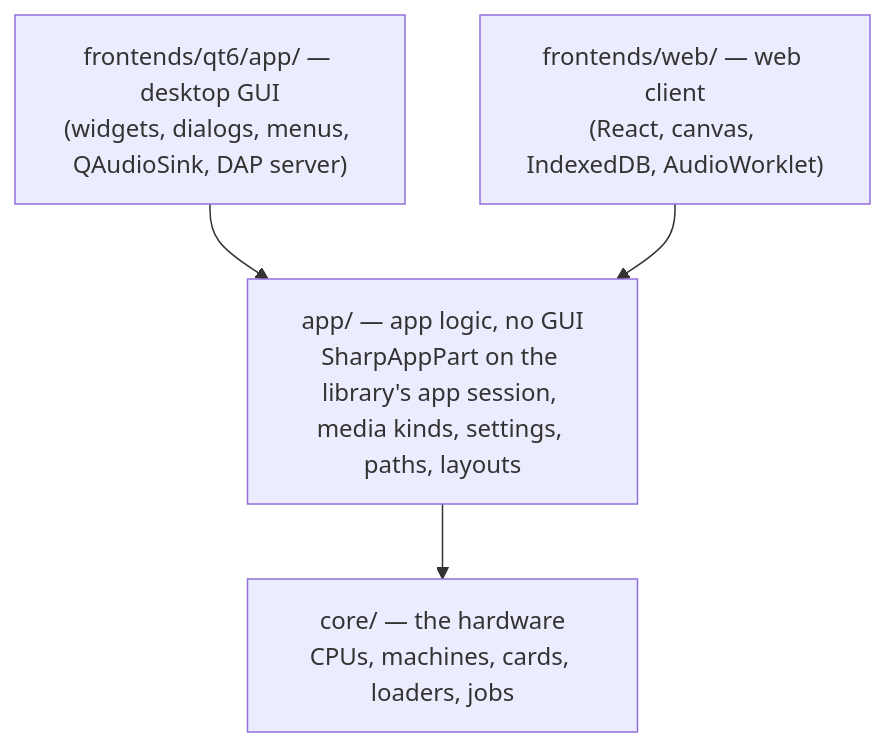
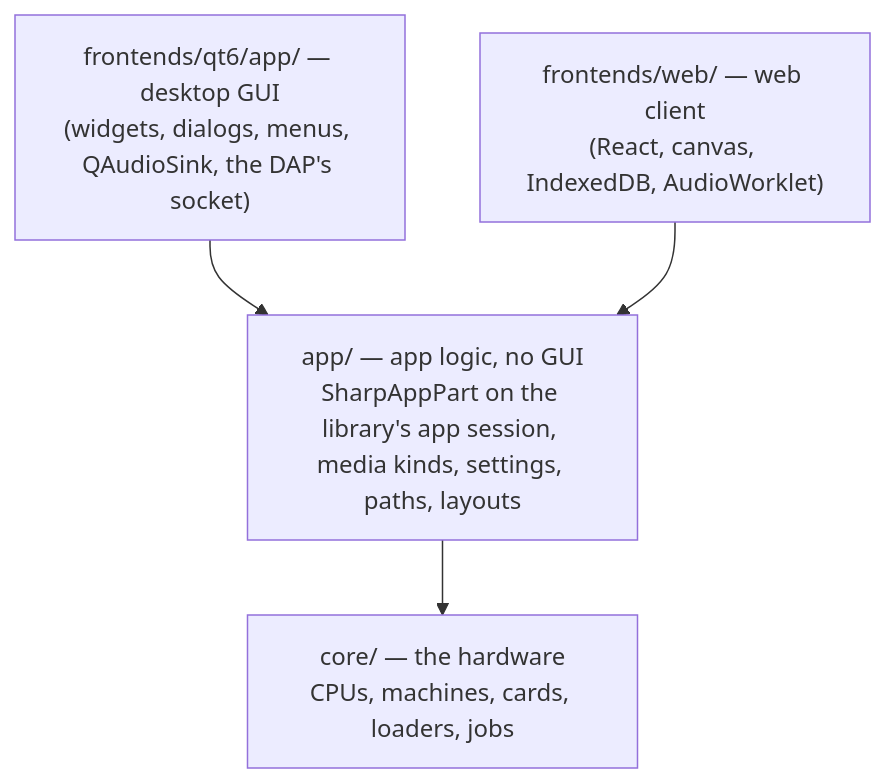
One commit to tinue/calc-u changed the diagram in products/calc-u-1600/docs/developer/Shared-Architecture.md. Above: the diagram before and after it, drawn with Mermaid. The commit also changed other lines of this file and 74 other files, not shown here.

````diff
--- a/products/calc-u-1600/docs/developer/Shared-Architecture.md
+++ b/products/calc-u-1600/docs/developer/Shared-Architecture.md
@@ -7,10 +7,10 @@
 ```mermaid
 flowchart TB
-    Qt["frontends/qt6/app/ — desktop GUI<br/>(widgets, dialogs, menus, QAudioSink, DAP server)"]
+    Qt["frontends/qt6/app/ — desktop GUI<br/>(widgets, dialogs, menus, QAudioSink, the DAP's socket)"]
     Web["frontends/web/ — web client<br/>(React, canvas, IndexedDB, AudioWorklet)"]
     Shared["app/ — app logic, no GUI<br/>SharpAppPart on the library's app session, media kinds, settings, paths, layouts"]
     Core["core/ — the hardware<br/>CPUs, machines, cards, loaders, jobs"]
     Qt --> Shared
     Web --> Shared
     Shared --> Core
 ```
````
